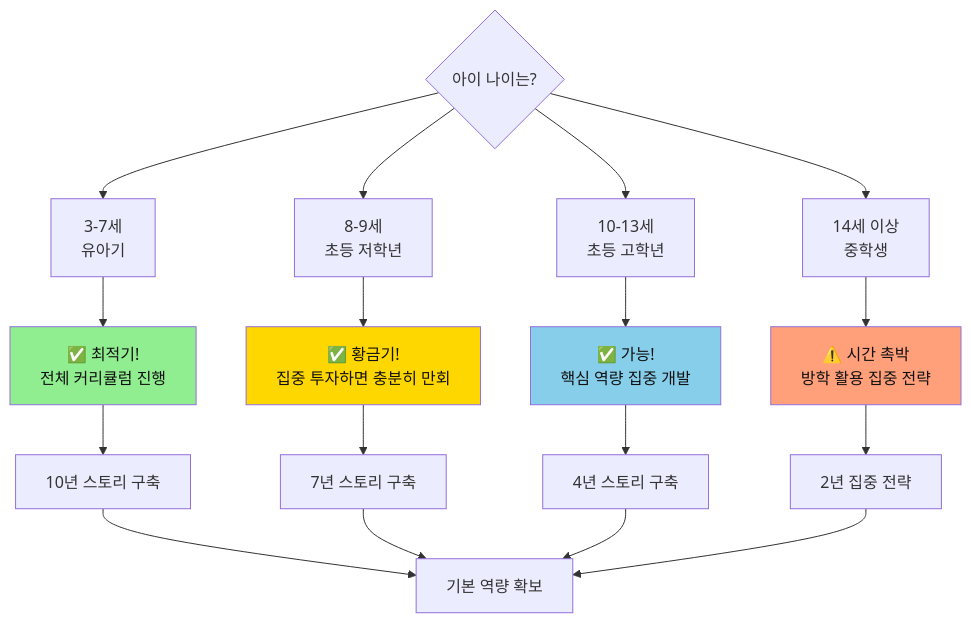
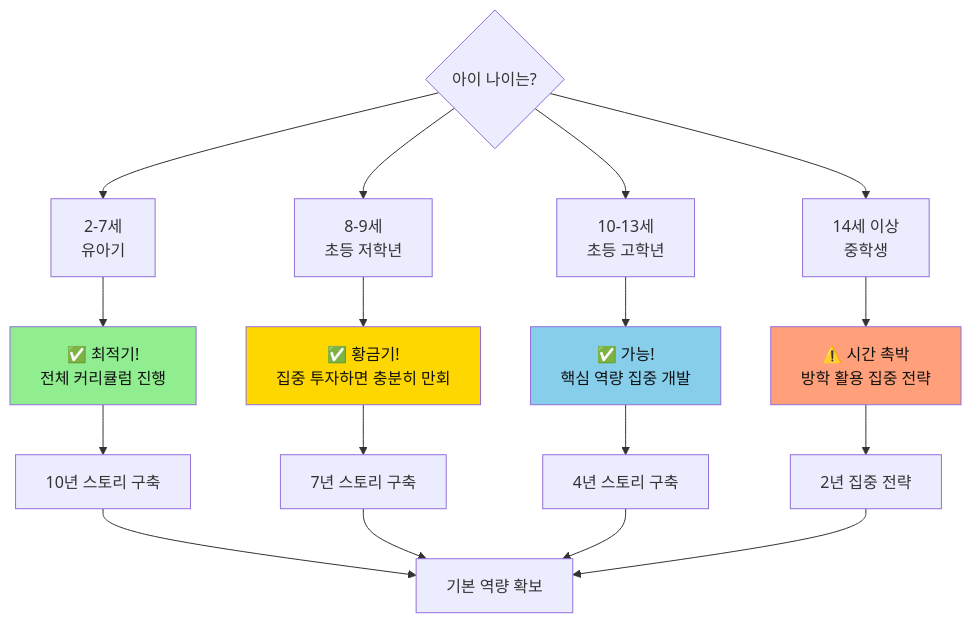
The ninth of 34 diagrams in 3단계_프뢰벨_FAQ_핵심가치.md (Collegenie-X/froebel), drawn with Mermaid before and after one commit. The commit also changed other lines of this file and 2 other files, not shown here.

````diff
--- a/3단계_프뢰벨_FAQ_핵심가치.md
+++ b/3단계_프뢰벨_FAQ_핵심가치.md
@@ -484,27 +484,27 @@
 ```mermaid
 graph TD
-    A{아이 나이는?} --> B[3-7세<br/>유아기]
+    A{아이 나이는?} --> B[2-7세<br/>유아기]
     A --> C[8-9세<br/>초등 저학년]
     A --> D[10-13세<br/>초등 고학년]
     A --> E[14세 이상<br/>중학생]
     
     B --> B1[✅ 최적기!<br/>전체 커리큘럼 진행]
     C --> C1[✅ 황금기!<br/>집중 투자하면 충분히 만회]
     D --> D1[✅ 가능!<br/>핵심 역량 집중 개발]
     E --> E1[⚠️ 시간 촉박<br/>방학 활용 집중 전략]
     
     B1 --> F[10년 스토리 구축]
     C1 --> G[7년 스토리 구축]
     D1 --> H[4년 스토리 구축]
     E1 --> I[2년 집중 전략]
     
     F --> J[압도적 경쟁력]
     G --> J[충분한 경쟁력]
     H --> J[차별화 포인트]
     I --> J[기본 역량 확보]
     
     style B1 fill:#90EE90,color:#111
     style C1 fill:#FFD700,color:#111
     style D1 fill:#87CEEB,color:#111
     style E1 fill:#FFA07A,color:#111
 ```
````
